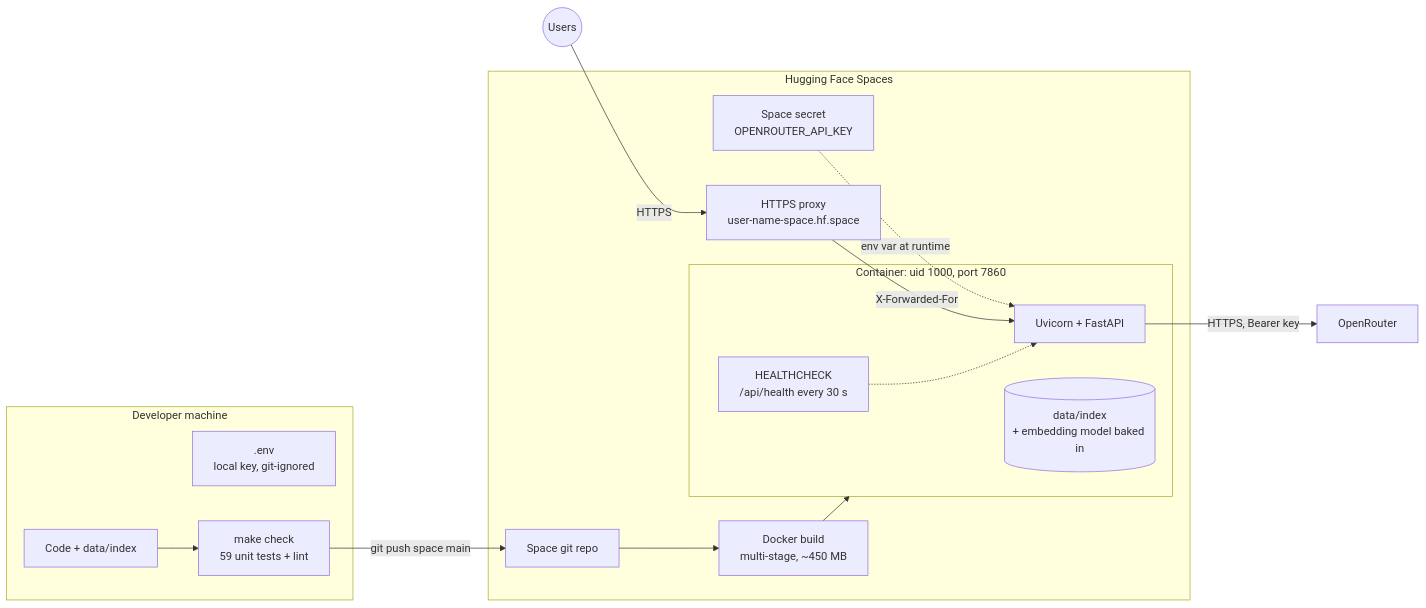
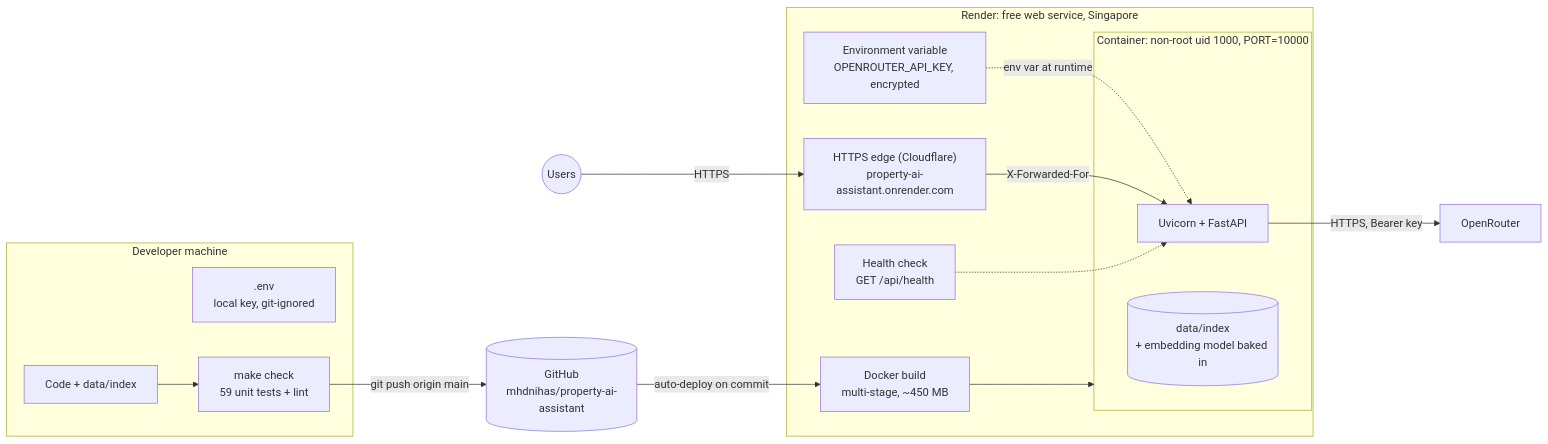
Diagram 13 of 14 in docs/ARCHITECTURE.md (mhdnihas/property-ai-assistant), drawn with Mermaid before and after one commit. The commit also changed other lines of this file and 5 other files, not shown here.

````diff
--- a/docs/ARCHITECTURE.md
+++ b/docs/ARCHITECTURE.md
@@ -506,30 +506,31 @@
 ```mermaid
 flowchart LR
     subgraph DEV["Developer machine"]
         CODE["Code + data/index"]
         ENV[".env<br/>local key, git-ignored"]
         TEST["make check<br/>59 unit tests + lint"]
         CODE --> TEST
     end
 
-    subgraph HF["Hugging Face Spaces"]
-        REPO["Space git repo"]
+    GH[("GitHub<br/>mhdnihas/property-ai-assistant")]
+
+    subgraph RENDER["Render: free web service, Singapore"]
         BUILD["Docker build<br/>multi-stage, ~450 MB"]
-        SECRET["Space secret<br/>OPENROUTER_API_KEY"]
-        subgraph CT["Container: uid 1000, port 7860"]
+        SECRET["Environment variable<br/>OPENROUTER_API_KEY, encrypted"]
+        subgraph CT["Container: non-root uid 1000, PORT=10000"]
             UV["Uvicorn + FastAPI"]
             IDXC[("data/index<br/>+ embedding model baked in")]
-            HC["HEALTHCHECK<br/>/api/health every 30 s"]
         end
-        PROXY["HTTPS proxy<br/>user-name-space.hf.space"]
+        HC["Health check<br/>GET /api/health"]
+        PROXY["HTTPS edge (Cloudflare)<br/>property-ai-assistant.onrender.com"]
     end
 
     USERS(("Users"))
     ORX["OpenRouter"]
 
-    TEST -->|"git push space main"| REPO --> BUILD --> CT
+    TEST -->|"git push origin main"| GH -->|"auto-deploy on commit"| BUILD --> CT
     SECRET -. "env var at runtime" .-> UV
     USERS -->|HTTPS| PROXY -->|"X-Forwarded-For"| UV
     UV -->|"HTTPS, Bearer key"| ORX
     HC -.-> UV
 ```
````
